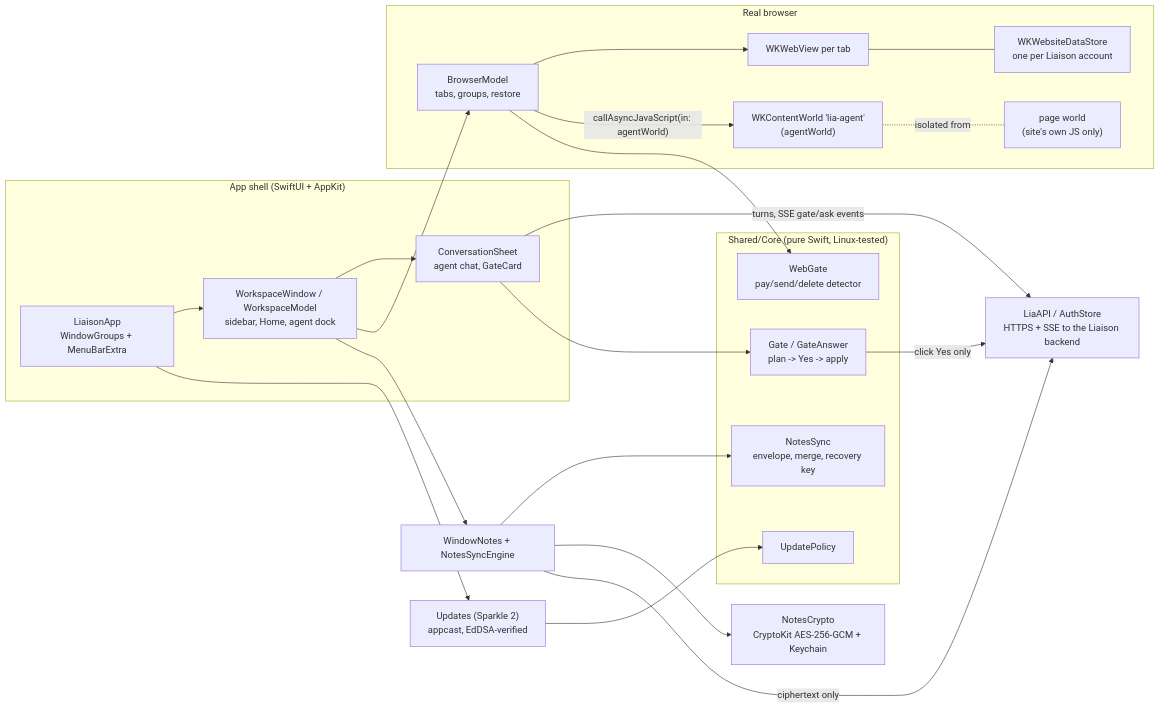
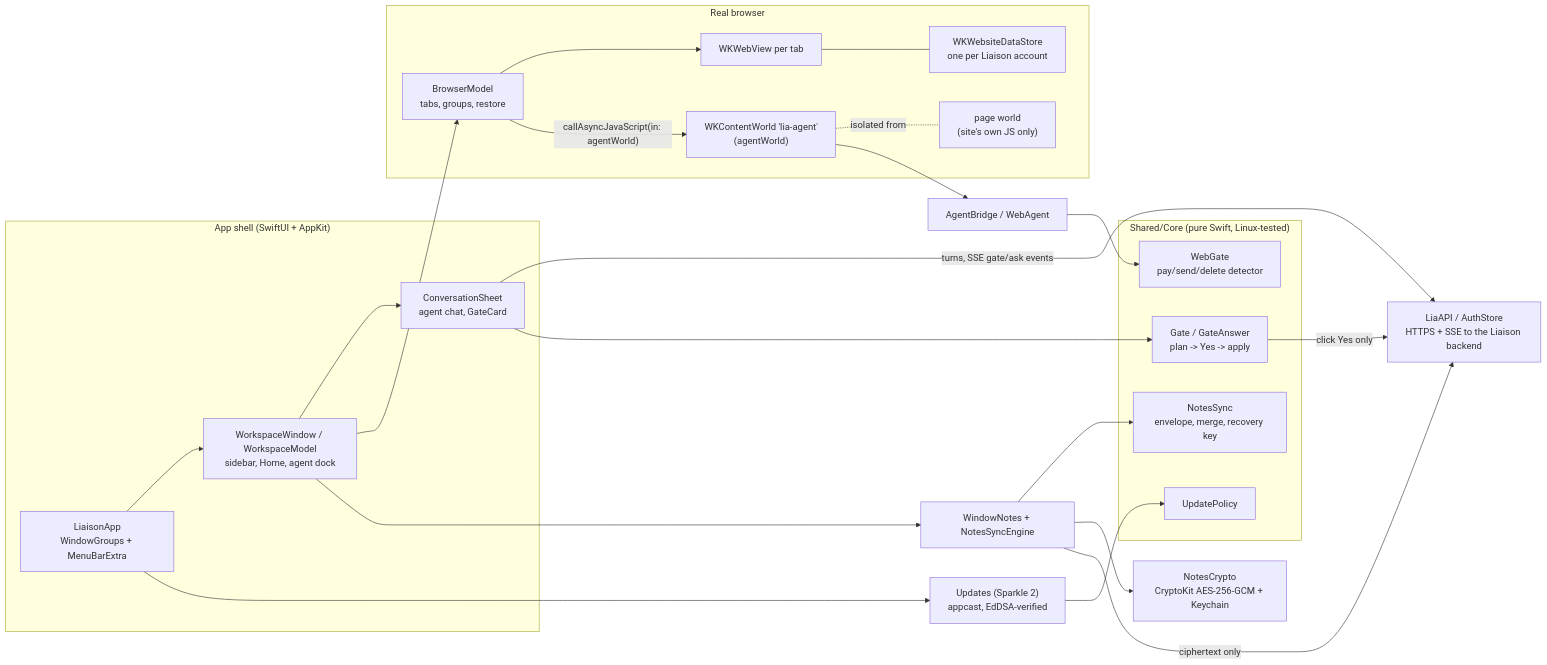
The diagram in README.md (ilnostro-affare/liaison-mac-classic), drawn with Mermaid before and after one commit. The commit also changed other lines of this file and 8 other files, not shown here.

````diff
--- a/README.md
+++ b/README.md
@@ -19,42 +19,42 @@
 ```mermaid
 flowchart LR
     subgraph Shell["App shell (SwiftUI + AppKit)"]
         App["LiaisonApp<br/>WindowGroups + MenuBarExtra"]
         WS["WorkspaceWindow / WorkspaceModel<br/>sidebar, Home, agent dock"]
         Conv["ConversationSheet<br/>agent chat, GateCard"]
     end
 
     subgraph Browser["Real browser"]
         BM["BrowserModel<br/>tabs, groups, restore"]
         WV["WKWebView per tab"]
         DS["WKWebsiteDataStore<br/>one per Liaison account"]
         AW["WKContentWorld 'lia-agent'<br/>(agentWorld)"]
         PW["page world<br/>(site's own JS only)"]
     end
 
     subgraph Core["Shared/Core (pure Swift, Linux-tested)"]
         Gate["Gate / GateAnswer<br/>plan -> Yes -> apply"]
         WebGate["WebGate<br/>pay/send/delete detector"]
         NotesSync["NotesSync<br/>envelope, merge, recovery key"]
         UP["UpdatePolicy"]
     end
 
     API["LiaAPI / AuthStore<br/>HTTPS + SSE to the Liaison backend"]
     Notes["WindowNotes + NotesSyncEngine"]
     Crypto["NotesCrypto<br/>CryptoKit AES-256-GCM + Keychain"]
     Sparkle["Updates (Sparkle 2)<br/>appcast, EdDSA-verified"]
 
     App --> WS --> Conv
     WS --> BM --> WV
     WV --- DS
     BM -- "callAsyncJavaScript(in: agentWorld)" --> AW
     AW -. "isolated from" .- PW
     Conv -- "turns, SSE gate/ask events" --> API
     Conv --> Gate
     Gate -- "click Yes only" --> API
-    BM --> WebGate
+    AW --> AB["AgentBridge / WebAgent"] --> WebGate
     WS --> Notes --> NotesSync
     Notes --> Crypto
     Notes -- "ciphertext only" --> API
     App --> Sparkle --> UP
 ```
````
